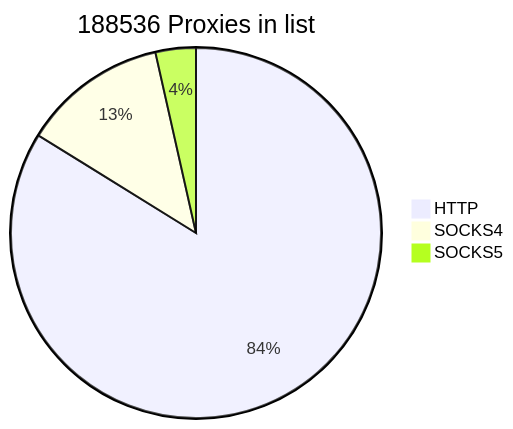
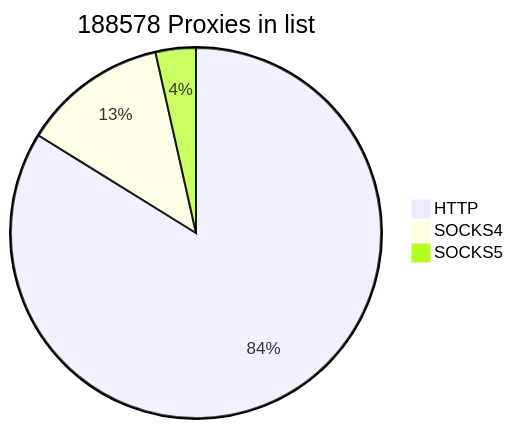
The first of 2 diagrams in README.md (cutipu/proxylist), drawn with Mermaid before and after one commit. The commit also changed other lines of this file, not shown here.

````diff
--- a/README.md
+++ b/README.md
@@ -2,7 +2,7 @@
 ```mermaid
-pie title 188536 Proxies in list
-    "HTTP" : 158043
-    "SOCKS4" : 23855
-    "SOCKS5" : 6638
+pie title 188578 Proxies in list
+    "HTTP" : 158087
+    "SOCKS4" : 23857
+    "SOCKS5" : 6634
             
 ```
````
